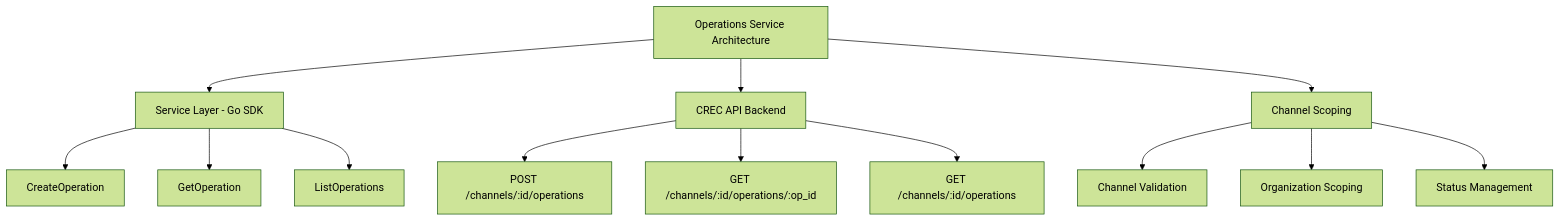
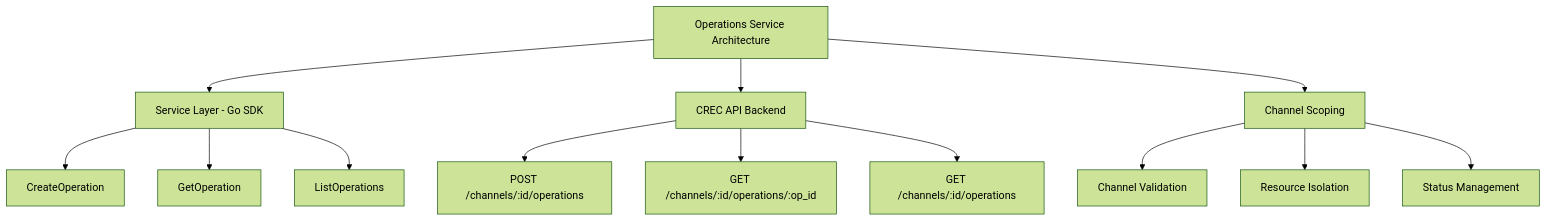
The first of 2 diagrams in services/operations/README.md (smartcontractkit/crec-sdk), drawn with Mermaid (forest theme) before and after one commit. The commit also changed 1 other file, not shown here.

Commit message:
fix: minor change

````diff
--- a/services/operations/README.md
+++ b/services/operations/README.md
@@ -35,18 +35,18 @@
 ```mermaid
 graph TD
     A[Operations Service Architecture] --> B[Service Layer - Go SDK]
     A --> C[CREC API Backend]
     A --> D[Channel Scoping]
 
     B --> B1[CreateOperation]
     B --> B2[GetOperation]
     B --> B3[ListOperations]
 
     C --> C1[POST /channels/:id/operations]
     C --> C2[GET /channels/:id/operations/:op_id]
     C --> C3[GET /channels/:id/operations]
 
     D --> D1[Channel Validation]
-    D --> D2[Organization Scoping]
+    D --> D2[Resource Isolation]
     D --> D3[Status Management]
 ```
````
